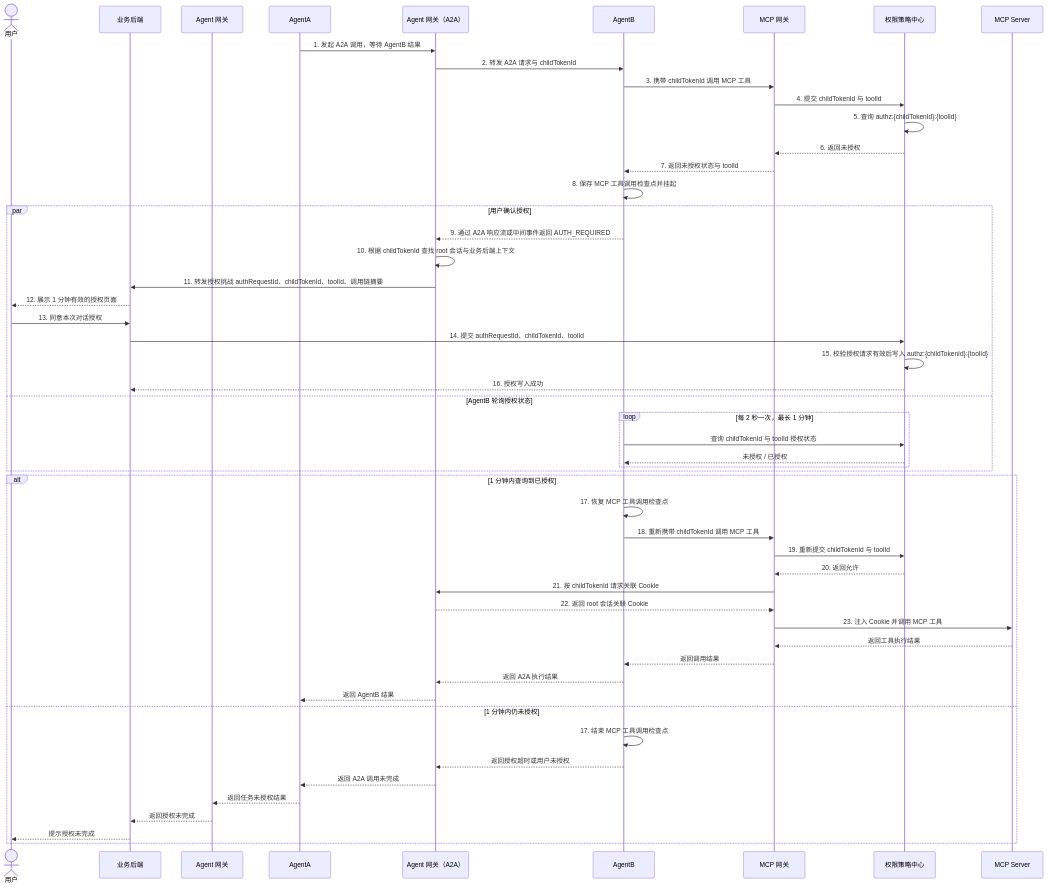
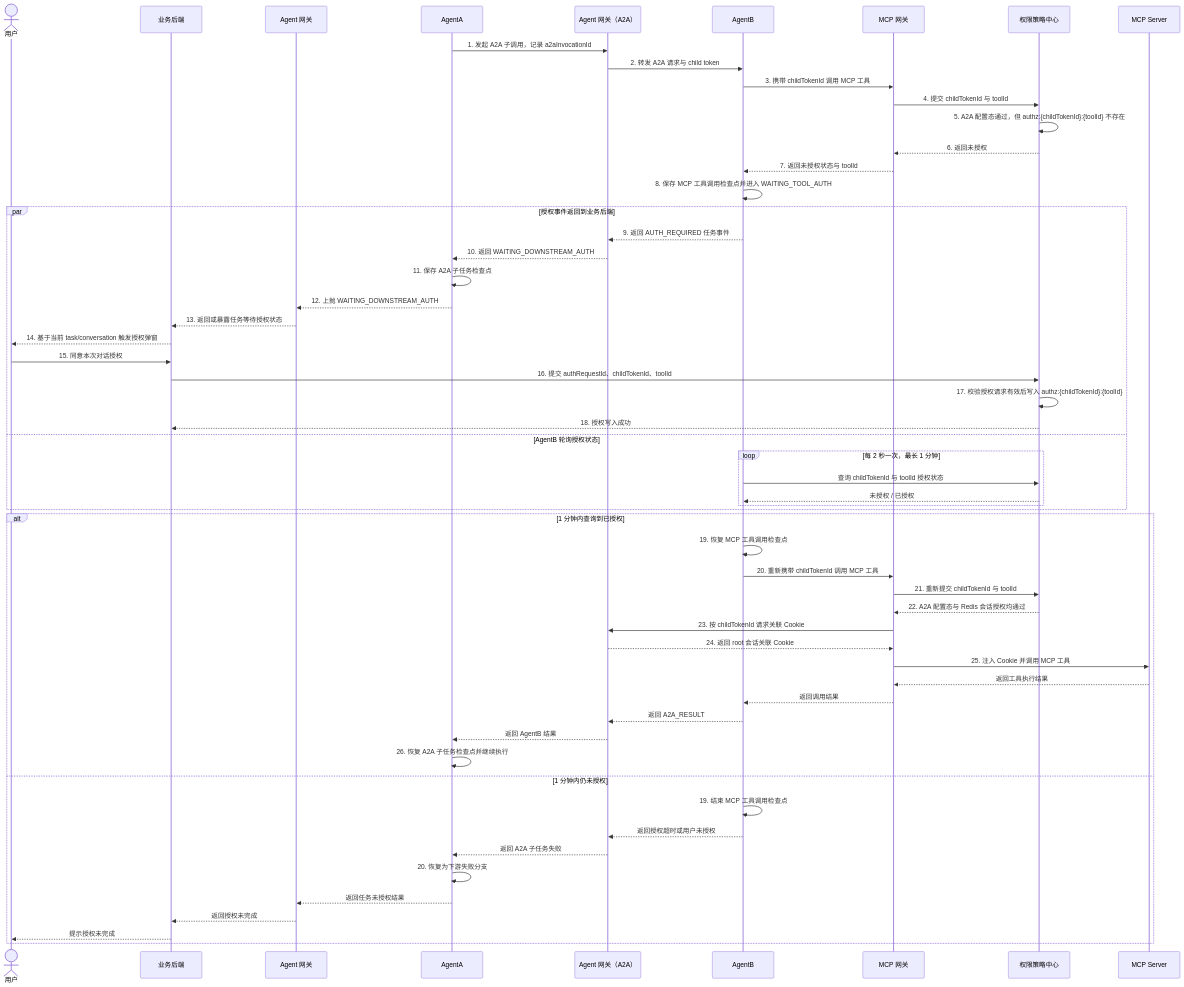
One commit to xuning117634-ux/agent-auth-design changed the second of 2 diagrams in docs/A2A授权委托.md. Above: the diagram before and after it, drawn with Mermaid. The commit also changed other lines of this file, not shown here.

Commit message:
docs: refine A2A authorization flow

````diff
--- a/docs/A2A授权委托.md
+++ b/docs/A2A授权委托.md
@@ -67,59 +170,63 @@
 ```mermaid
 sequenceDiagram
     autonumber off
     actor User as 用户
     participant Backend as 业务后端
     participant AGW as Agent 网关
     participant AgentA as AgentA
     participant A2AGW as Agent 网关（A2A）
     participant AgentB as AgentB
     participant MGW as MCP 网关
     participant PDP as 权限策略中心
     participant MCP as MCP Server
 
-    AgentA->>A2AGW: 1. 发起 A2A 调用，等待 AgentB 结果
-    A2AGW->>AgentB: 2. 转发 A2A 请求与 childTokenId
+    AgentA->>A2AGW: 1. 发起 A2A 子调用，记录 a2aInvocationId
+    A2AGW->>AgentB: 2. 转发 A2A 请求与 child token
     AgentB->>MGW: 3. 携带 childTokenId 调用 MCP 工具
     MGW->>PDP: 4. 提交 childTokenId 与 toolId
-    PDP->>PDP: 5. 查询 authz:{childTokenId}:{toolId}
+    PDP->>PDP: 5. A2A 配置态通过，但 authz:{childTokenId}:{toolId} 不存在
     PDP-->>MGW: 6. 返回未授权
     MGW-->>AgentB: 7. 返回未授权状态与 toolId
-    AgentB->>AgentB: 8. 保存 MCP 工具调用检查点并挂起
+    AgentB->>AgentB: 8. 保存 MCP 工具调用检查点并进入 WAITING_TOOL_AUTH
 
-    par 用户确认授权
-        AgentB-->>A2AGW: 9. 通过 A2A 响应流或中间事件返回 AUTH_REQUIRED
-        A2AGW->>A2AGW: 10. 根据 childTokenId 查找 root 会话与业务后端上下文
-        A2AGW->>Backend: 11. 转发授权挑战 authRequestId、childTokenId、toolId、调用链摘要
-        Backend-->>User: 12. 展示 1 分钟有效的授权页面
-        User->>Backend: 13. 同意本次对话授权
-        Backend->>PDP: 14. 提交 authRequestId、childTokenId、toolId
-        PDP->>PDP: 15. 校验授权请求有效后写入 authz:{childTokenId}:{toolId}
-        PDP-->>Backend: 16. 授权写入成功
+    par 授权事件返回到业务后端
+        AgentB-->>A2AGW: 9. 返回 AUTH_REQUIRED 任务事件
+        A2AGW-->>AgentA: 10. 返回 WAITING_DOWNSTREAM_AUTH
+        AgentA->>AgentA: 11. 保存 A2A 子任务检查点
+        AgentA-->>AGW: 12. 上抛 WAITING_DOWNSTREAM_AUTH
+        AGW-->>Backend: 13. 返回或暴露任务等待授权状态
+        Backend-->>User: 14. 基于当前 task/conversation 触发授权弹窗
+        User->>Backend: 15. 同意本次对话授权
+        Backend->>PDP: 16. 提交 authRequestId、childTokenId、toolId
+        PDP->>PDP: 17. 校验授权请求有效后写入 authz:{childTokenId}:{toolId}
+        PDP-->>Backend: 18. 授权写入成功
     and AgentB 轮询授权状态
         loop 每 2 秒一次，最长 1 分钟
             AgentB->>PDP: 查询 childTokenId 与 toolId 授权状态
             PDP-->>AgentB: 未授权 / 已授权
         end
     end
 
     alt 1 分钟内查询到已授权
-        AgentB->>AgentB: 17. 恢复 MCP 工具调用检查点
-        AgentB->>MGW: 18. 重新携带 childTokenId 调用 MCP 工具
-        MGW->>PDP: 19. 重新提交 childTokenId 与 toolId
-        PDP-->>MGW: 20. 返回允许
-        MGW->>A2AGW: 21. 按 childTokenId 请求关联 Cookie
-        A2AGW-->>MGW: 22. 返回 root 会话关联 Cookie
-        MGW->>MCP: 23. 注入 Cookie 并调用 MCP 工具
+        AgentB->>AgentB: 19. 恢复 MCP 工具调用检查点
+        AgentB->>MGW: 20. 重新携带 childTokenId 调用 MCP 工具
+        MGW->>PDP: 21. 重新提交 childTokenId 与 toolId
+        PDP-->>MGW: 22. A2A 配置态与 Redis 会话授权均通过
+        MGW->>A2AGW: 23. 按 childTokenId 请求关联 Cookie
+        A2AGW-->>MGW: 24. 返回 root 会话关联 Cookie
+        MGW->>MCP: 25. 注入 Cookie 并调用 MCP 工具
         MCP-->>MGW: 返回工具执行结果
         MGW-->>AgentB: 返回调用结果
-        AgentB-->>A2AGW: 返回 A2A 执行结果
+        AgentB-->>A2AGW: 返回 A2A_RESULT
         A2AGW-->>AgentA: 返回 AgentB 结果
+        AgentA->>AgentA: 26. 恢复 A2A 子任务检查点并继续执行
     else 1 分钟内仍未授权
-        AgentB->>AgentB: 17. 结束 MCP 工具调用检查点
+        AgentB->>AgentB: 19. 结束 MCP 工具调用检查点
         AgentB-->>A2AGW: 返回授权超时或用户未授权
-        A2AGW-->>AgentA: 返回 A2A 调用未完成
+        A2AGW-->>AgentA: 返回 A2A 子任务失败
+        AgentA->>AgentA: 20. 恢复为下游失败分支
         AgentA-->>AGW: 返回任务未授权结果
         AGW-->>Backend: 返回授权未完成
         Backend-->>User: 提示授权未完成
     end
 ```
````
